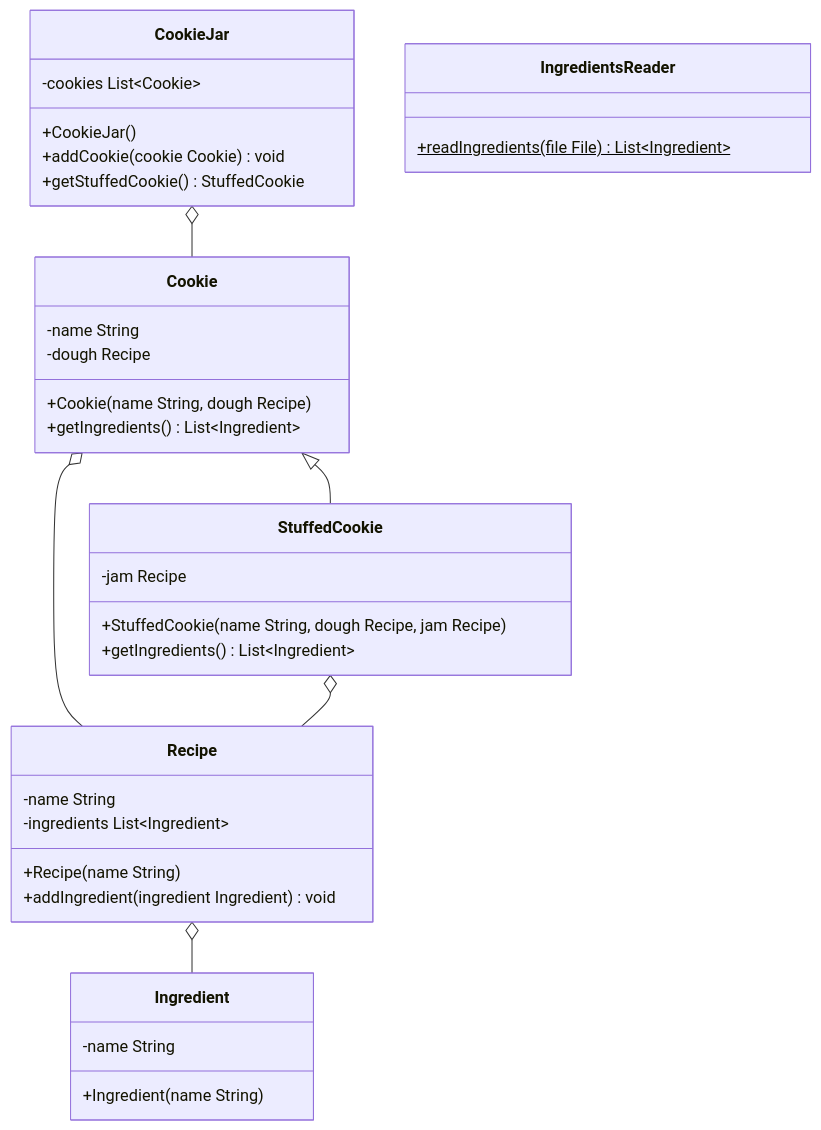
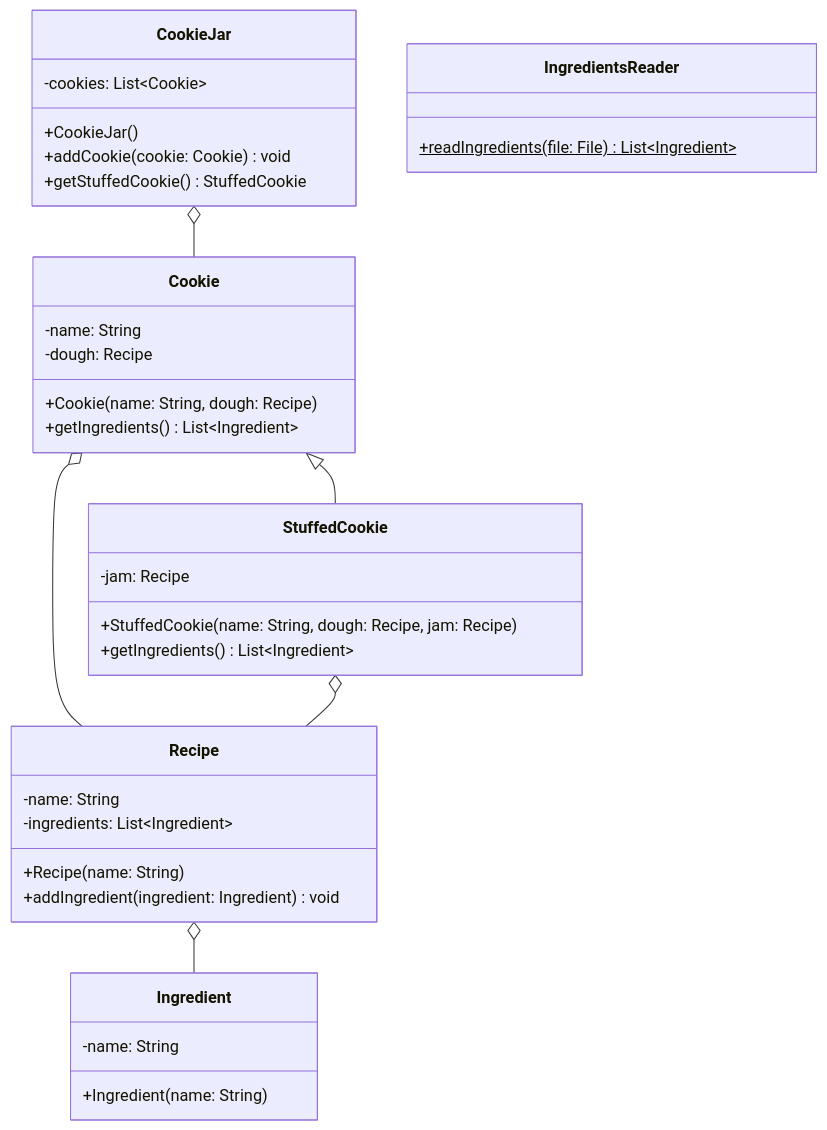
Before and after one commit to jappuccini/java-docs: the third of 3 diagrams in docs/additional-material/daniel-java1/sample-exam.md, drawn with Mermaid. The commit also changed other lines of this file and 76 other files, not shown here.

Commit message:
uml fixes (colons, properties), headline fixes (italic) and exam result updates

````diff
--- a/docs/additional-material/daniel-java1/sample-exam.md
+++ b/docs/additional-material/daniel-java1/sample-exam.md
@@ -522,44 +522,44 @@
 ```mermaid
 classDiagram
     CookieJar o-- Cookie
     Cookie <|-- StuffedCookie
     Cookie o-- Recipe
     StuffedCookie o-- Recipe
     Recipe o-- Ingredient
 
     class CookieJar {
-        -cookies List~Cookie~
+        -cookies: List~Cookie~
         +CookieJar()
-        +addCookie(cookie Cookie) void
+        +addCookie(cookie: Cookie) void
         +getStuffedCookie() StuffedCookie
     }
 
     class Cookie {
-        -name String
-        -dough Recipe
-        +Cookie(name String, dough Recipe)
+        -name: String
+        -dough: Recipe
+        +Cookie(name: String, dough: Recipe)
         +getIngredients() List~Ingredient~
     }
 
     class StuffedCookie {
-        -jam Recipe
-        +StuffedCookie(name String, dough Recipe, jam Recipe)
+        -jam: Recipe
+        +StuffedCookie(name: String, dough: Recipe, jam: Recipe)
         +getIngredients() List~Ingredient~
     }
 
     class Recipe {
-        -name String
-        -ingredients List~Ingredient~
-        +Recipe(name String)
-        +addIngredient(ingredient Ingredient) void
+        -name: String
+        -ingredients: List~Ingredient~
+        +Recipe(name: String)
+        +addIngredient(ingredient: Ingredient) void
     }
 
     class Ingredient {
-        -name String
-        +Ingredient(name String)
+        -name: String
+        +Ingredient(name: String)
     }
 
     class IngredientsReader {
-        +readIngredients(file File)$ List~Ingredient~
+        +readIngredients(file: File)$ List~Ingredient~
     }
 ```
````
